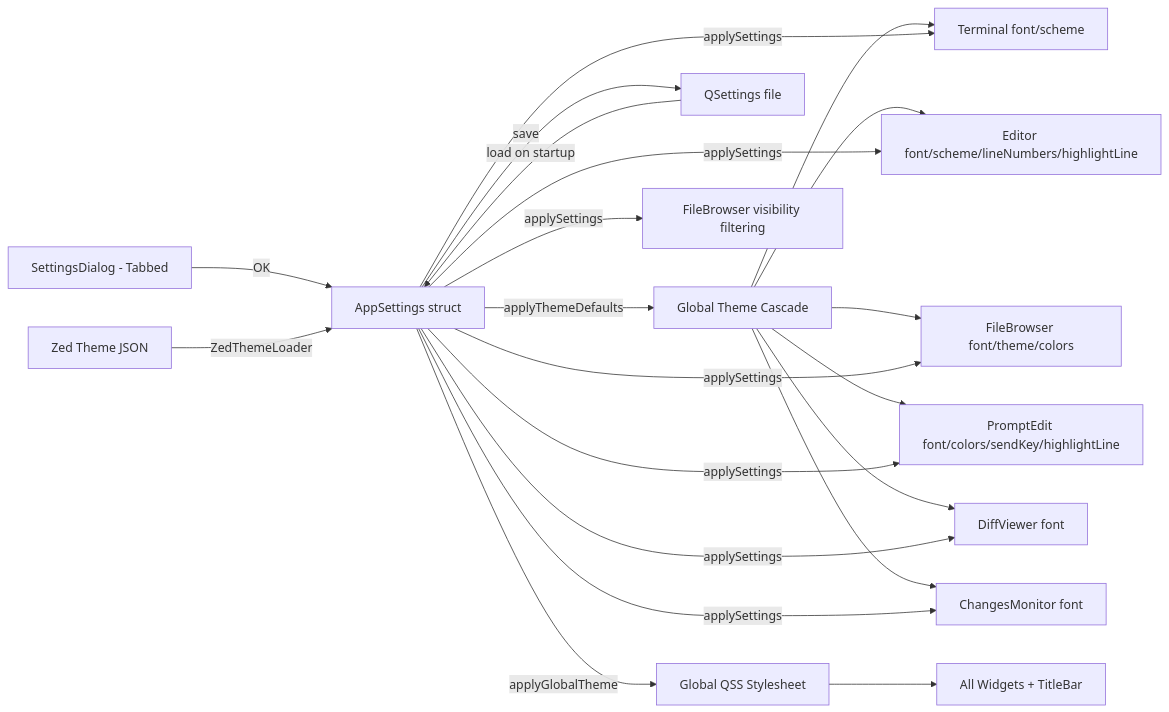
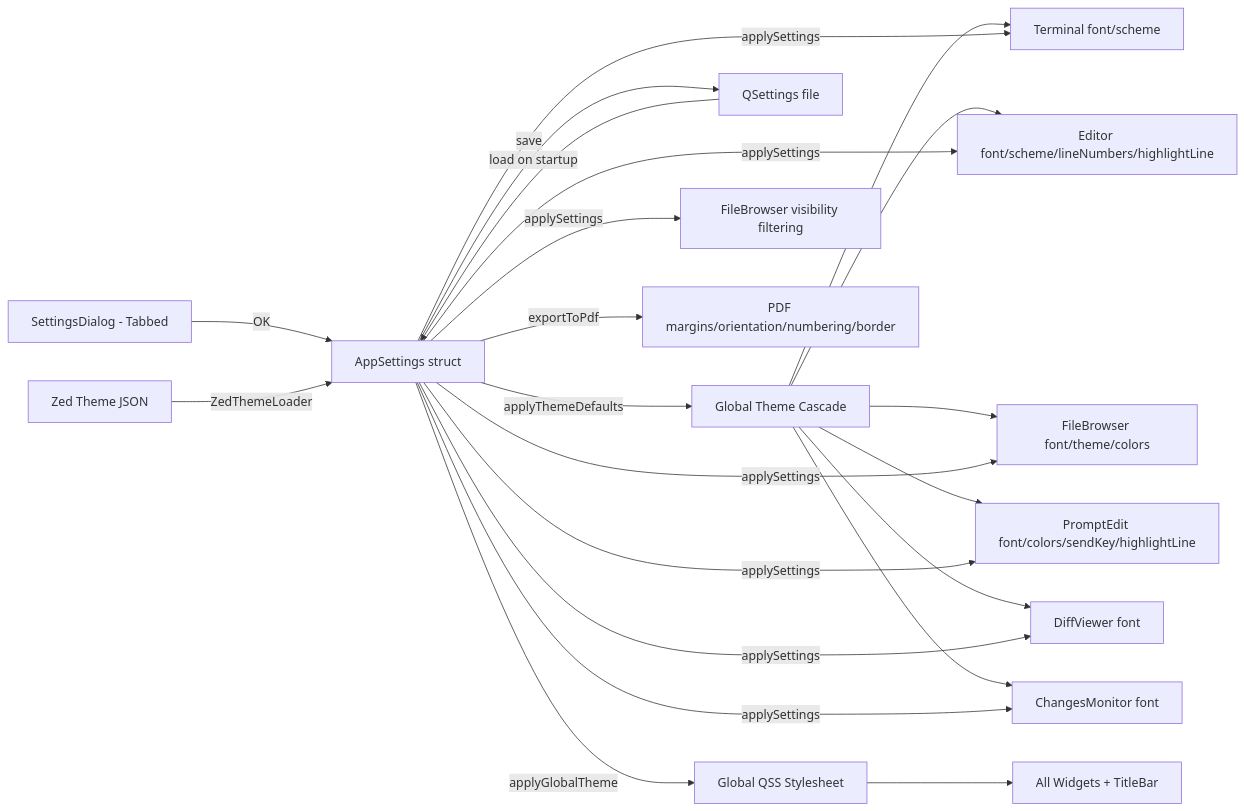
Before and after one commit to dkrse/vibe-coder: diagram 15 of 20 in docs/diagrams.md, drawn with Mermaid. The commit also changed other lines of this file and 10 other files, not shown here.

````diff
--- a/docs/diagrams.md
+++ b/docs/diagrams.md
@@ -568,18 +572,19 @@
 ```mermaid
 flowchart LR
     A[SettingsDialog - Tabbed] -->|OK| B[AppSettings struct]
     B -->|applyThemeDefaults| TH[Global Theme Cascade]
     ZED[Zed Theme JSON] -->|ZedThemeLoader| B
     TH --> D & E & F & G & DV & CM2
     B -->|save| C[QSettings file]
     B -->|applyGlobalTheme| SS[Global QSS Stylesheet]
     SS --> ALL[All Widgets + TitleBar]
     B -->|applySettings| D[Terminal font/scheme]
     B -->|applySettings| E[Editor font/scheme/lineNumbers/highlightLine]
     B -->|applySettings| VIS[FileBrowser visibility filtering]
     B -->|applySettings| F[FileBrowser font/theme/colors]
     B -->|applySettings| G[PromptEdit font/colors/sendKey/highlightLine]
     B -->|applySettings| DV[DiffViewer font]
     B -->|applySettings| CM2[ChangesMonitor font]
+    B -->|exportToPdf| PDF[PDF margins/orientation/numbering/border]
     C -->|load on startup| B
 ```
````
